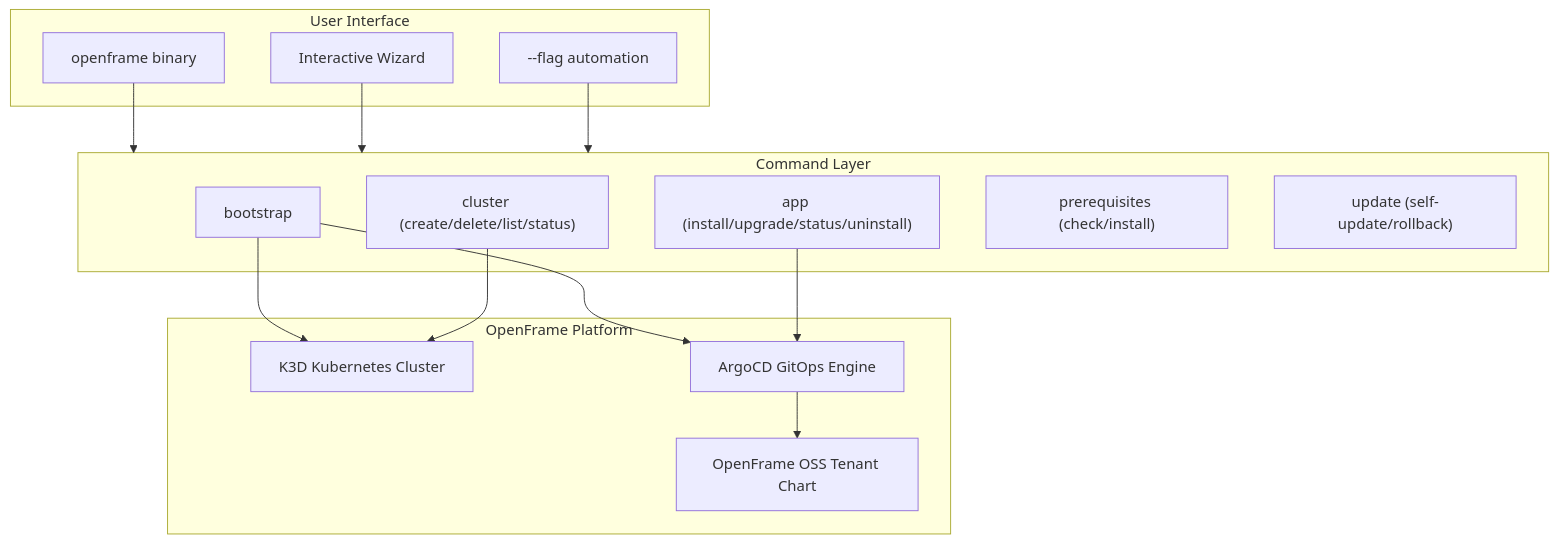
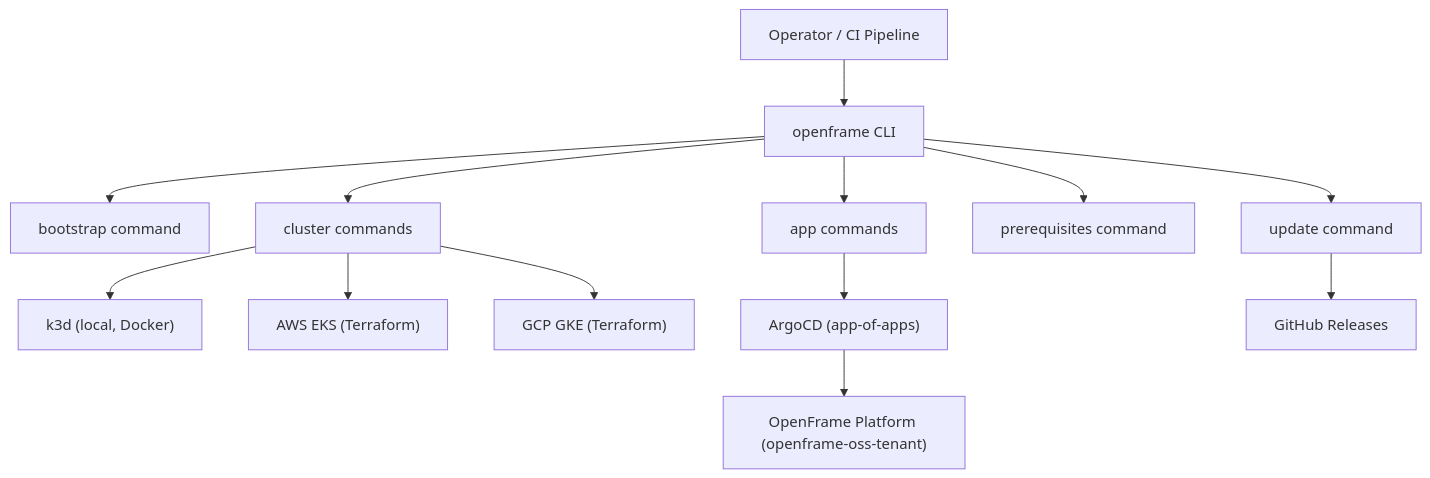
One commit to flamingo-stack/openframe-cli changed the diagram in docs/getting-started/introduction.md. Above: the diagram before and after it, drawn with Mermaid. The commit also changed other lines of this file and 9 other files, not shown here.

````diff
--- a/docs/getting-started/introduction.md
+++ b/docs/getting-started/introduction.md
@@ -52,31 +29,18 @@
 ```mermaid
 graph TB
-    subgraph User["User Interface"]
-        cli["openframe binary"]
-        wizard["Interactive Wizard"]
-        flags["--flag automation"]
-    end
+    User["Operator / CI Pipeline"] --> CLI["openframe CLI"]
+    CLI --> Bootstrap["bootstrap command"]
+    CLI --> Cluster["cluster commands"]
+    CLI --> App["app commands"]
+    CLI --> Prereq["prerequisites command"]
+    CLI --> Update["update command"]
 
-    subgraph Commands["Command Layer"]
-        bootstrap["bootstrap"]
-        cluster["cluster (create/delete/list/status)"]
-        app["app (install/upgrade/status/uninstall)"]
-        prereq["prerequisites (check/install)"]
-        update["update (self-update/rollback)"]
-    end
+    Cluster --> K3d["k3d (local, Docker)"]
+    Cluster --> EKS["AWS EKS (Terraform)"]
+    Cluster --> GKE["GCP GKE (Terraform)"]
 
-    subgraph Platform["OpenFrame Platform"]
-        k3d["K3D Kubernetes Cluster"]
-        argocd["ArgoCD GitOps Engine"]
-        openframe["OpenFrame OSS Tenant Chart"]
-    end
+    App --> ArgoCD["ArgoCD (app-of-apps)"]
+    ArgoCD --> Platform["OpenFrame Platform (openframe-oss-tenant)"]
 
-    cli --> Commands
-    wizard --> Commands
-    flags --> Commands
-    bootstrap --> k3d
-    bootstrap --> argocd
-    argocd --> openframe
-    cluster --> k3d
-    app --> argocd
+    Update --> GitHubReleases["GitHub Releases"]
 ```
````
